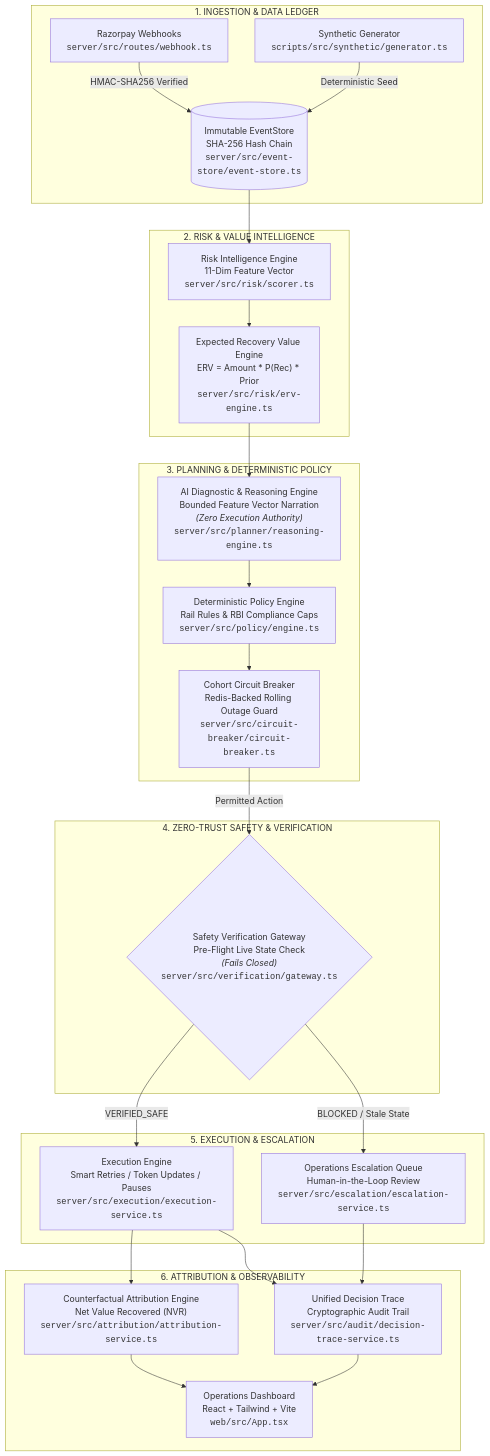
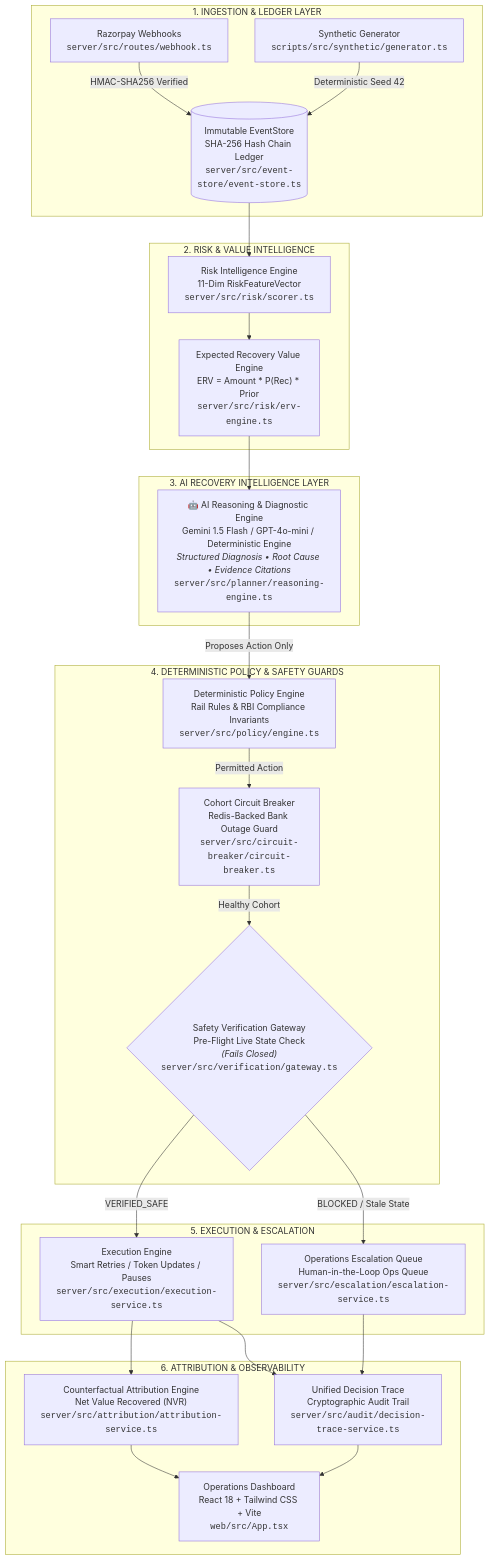
The diagram in README.md (Katakam-Krupavathi/razorpay_buildathon_project), drawn with Mermaid before and after one commit. The commit also changed other lines of this file, not shown here.

Commit message:
docs: highlight AI reasoning role in architecture diagram and streamline README

````diff
--- a/README.md
+++ b/README.md
@@ -11,49 +11,49 @@
 ```mermaid
 flowchart TD
-    subgraph INGESTION["1. INGESTION & DATA LEDGER"]
+    subgraph INGESTION["1. INGESTION & LEDGER LAYER"]
         WH["Razorpay Webhooks<br/><code>server/src/routes/webhook.ts</code>"]
         SYN["Synthetic Generator<br/><code>scripts/src/synthetic/generator.ts</code>"]
-        ES[("Immutable EventStore<br/>SHA-256 Hash Chain<br/><code>server/src/event-store/event-store.ts</code>")]
+        ES[("Immutable EventStore<br/>SHA-256 Hash Chain Ledger<br/><code>server/src/event-store/event-store.ts</code>")]
         WH -->|HMAC-SHA256 Verified| ES
-        SYN -->|Deterministic Seed| ES
+        SYN -->|Deterministic Seed 42| ES
     end
 
-    subgraph INTELLIGENCE["2. RISK & VALUE INTELLIGENCE"]
-        RS["Risk Intelligence Engine<br/>11-Dim Feature Vector<br/><code>server/src/risk/scorer.ts</code>"]
+    subgraph RISK["2. RISK & VALUE INTELLIGENCE"]
+        RS["Risk Intelligence Engine<br/>11-Dim RiskFeatureVector<br/><code>server/src/risk/scorer.ts</code>"]
         ERV["Expected Recovery Value Engine<br/>ERV = Amount * P(Rec) * Prior<br/><code>server/src/risk/erv-engine.ts</code>"]
         ES --> RS
         RS --> ERV
     end
 
-    subgraph DECISION["3. PLANNING & DETERMINISTIC POLICY"]
-        AI["AI Diagnostic & Reasoning Engine<br/>Bounded Feature Vector Narration<br/><i>(Zero Execution Authority)</i><br/><code>server/src/planner/reasoning-engine.ts</code>"]
-        POL["Deterministic Policy Engine<br/>Rail Rules & RBI Compliance Caps<br/><code>server/src/policy/engine.ts</code>"]
-        CB["Cohort Circuit Breaker<br/>Redis-Backed Rolling Outage Guard<br/><code>server/src/circuit-breaker/circuit-breaker.ts</code>"]
+    subgraph AI_LAYER["3. AI RECOVERY INTELLIGENCE LAYER"]
+        AI["🤖 AI Reasoning & Diagnostic Engine<br/>Gemini 1.5 Flash / GPT-4o-mini / Deterministic Engine<br/><i>Structured Diagnosis • Root Cause • Evidence Citations</i><br/><code>server/src/planner/reasoning-engine.ts</code>"]
         ERV --> AI
-        AI --> POL
-        POL --> CB
     end
 
-    subgraph SAFETY["4. ZERO-TRUST SAFETY & VERIFICATION"]
+    subgraph POLICY_SAFETY["4. DETERMINISTIC POLICY & SAFETY GUARDS"]
+        POL["Deterministic Policy Engine<br/>Rail Rules & RBI Compliance Invariants<br/><code>server/src/policy/engine.ts</code>"]
+        CB["Cohort Circuit Breaker<br/>Redis-Backed Bank Outage Guard<br/><code>server/src/circuit-breaker/circuit-breaker.ts</code>"]
         VG{"Safety Verification Gateway<br/>Pre-Flight Live State Check<br/><i>(Fails Closed)</i><br/><code>server/src/verification/gateway.ts</code>"}
-        CB -->|Permitted Action| VG
+        AI -->|Proposes Action Only| POL
+        POL -->|Permitted Action| CB
+        CB -->|Healthy Cohort| VG
     end
 
     subgraph EXECUTION["5. EXECUTION & ESCALATION"]
         EXEC["Execution Engine<br/>Smart Retries / Token Updates / Pauses<br/><code>server/src/execution/execution-service.ts</code>"]
-        ESC["Operations Escalation Queue<br/>Human-in-the-Loop Review<br/><code>server/src/escalation/escalation-service.ts</code>"]
+        ESC["Operations Escalation Queue<br/>Human-in-the-Loop Ops Queue<br/><code>server/src/escalation/escalation-service.ts</code>"]
         VG -->|VERIFIED_SAFE| EXEC
         VG -->|BLOCKED / Stale State| ESC
     end
 
     subgraph ATTRIBUTION["6. ATTRIBUTION & OBSERVABILITY"]
         ATTR["Counterfactual Attribution Engine<br/>Net Value Recovered (NVR)<br/><code>server/src/attribution/attribution-service.ts</code>"]
         TRACE["Unified Decision Trace<br/>Cryptographic Audit Trail<br/><code>server/src/audit/decision-trace-service.ts</code>"]
-        DASH["Operations Dashboard<br/>React + Tailwind + Vite<br/><code>web/src/App.tsx</code>"]
+        DASH["Operations Dashboard<br/>React 18 + Tailwind CSS + Vite<br/><code>web/src/App.tsx</code>"]
         EXEC --> ATTR
         EXEC --> TRACE
         ESC --> TRACE
         ATTR --> DASH
         TRACE --> DASH
     end
 ```
````
